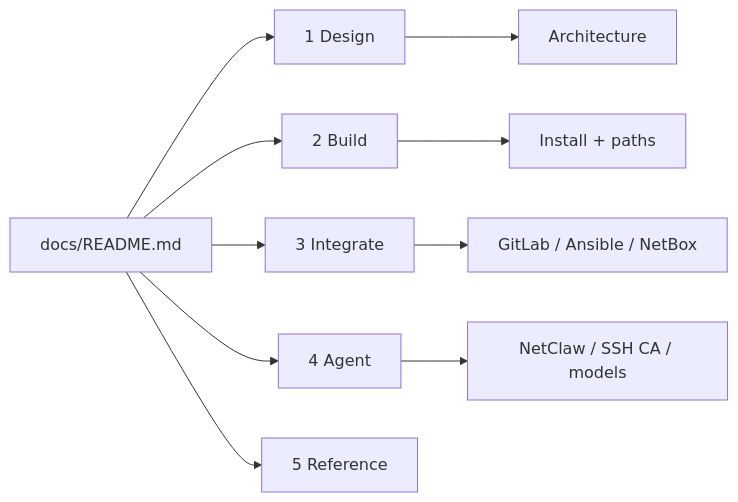
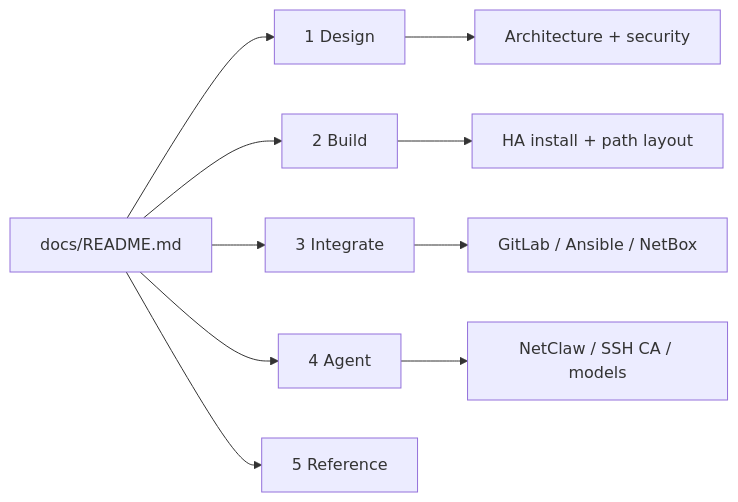
One commit to j-munroe/NetClaw-Production-Install-Guide changed the first of 2 diagrams in README.md. Above: the diagram before and after it, drawn with Mermaid. The commit also changed other lines of this file and 37 other files, not shown here.

````diff
--- a/README.md
+++ b/README.md
@@ -14,12 +15,12 @@
 ```mermaid
 flowchart LR
   Hub[docs/README.md] --> Design[1 Design]
   Hub --> Build[2 Build]
   Hub --> Integ[3 Integrate]
   Hub --> Agent[4 Agent]
   Hub --> Ref[5 Reference]
-  Design --> Arch[Architecture]
-  Build --> Install[Install + paths]
+  Design --> Arch[Architecture + security]
+  Build --> Install[HA install + path layout]
   Integ --> GL[GitLab / Ansible / NetBox]
   Agent --> NC[NetClaw / SSH CA / models]
 ```
````
